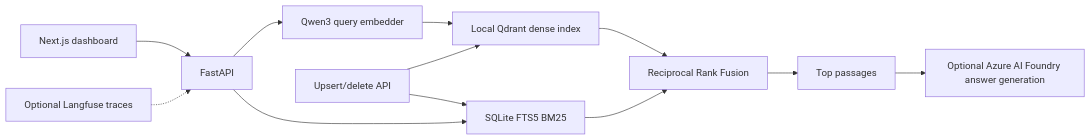
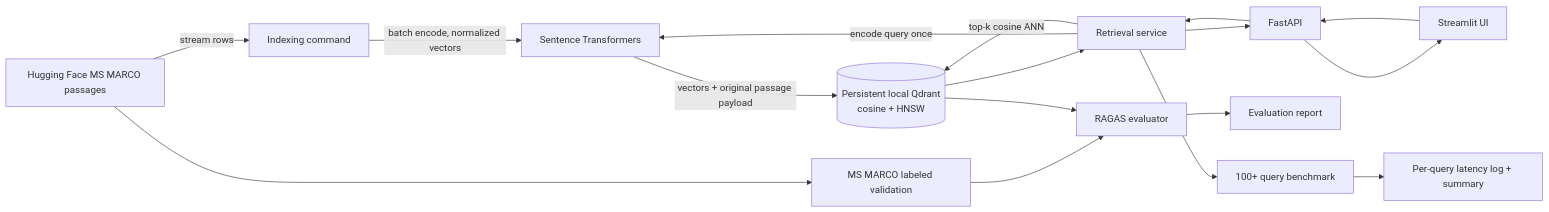
One commit to Naman21036/Adrosonic-Hackathon changed the diagram in README.md. Above: the diagram before and after it, drawn with Mermaid. The commit also changed other lines of this file and 143 other files, not shown here.

````diff
--- a/README.md
+++ b/README.md
@@ -16,14 +82,17 @@
 ```mermaid
 flowchart LR
-  UI[Next.js dashboard] --> API[FastAPI]
-  API --> EMB[Qwen3 query embedder]
-  EMB --> QD[Local Qdrant dense index]
-  API --> BM[SQLite FTS5 BM25]
-  QD --> RRF[Reciprocal Rank Fusion]
-  BM --> RRF
-  RRF --> CTX[Top passages]
-  CTX --> AZ[Optional Azure AI Foundry answer generation]
-  MUT[Upsert/delete API] --> QD
-  MUT --> BM
-  OBS[Optional Langfuse traces] -.-> API
+  HF[Hugging Face MS MARCO passages] -->|stream rows| IDX[Indexing command]
+  IDX -->|batch encode, normalized vectors| ENC[Sentence Transformers]
+  ENC -->|vectors + original passage payload| Q[(Persistent local Qdrant<br/>cosine + HNSW)]
+  U[Streamlit UI] --> API[FastAPI]
+  API --> S[Retrieval service]
+  S -->|encode query once| ENC
+  S -->|top-k cosine ANN| Q
+  Q --> S --> API --> U
+  HF --> EV[MS MARCO labeled validation]
+  EV --> E[RAGAS evaluator]
+  Q --> E
+  E --> R[Evaluation report]
+  S --> B[100+ query benchmark]
+  B --> L[Per-query latency log + summary]
 ```
````
